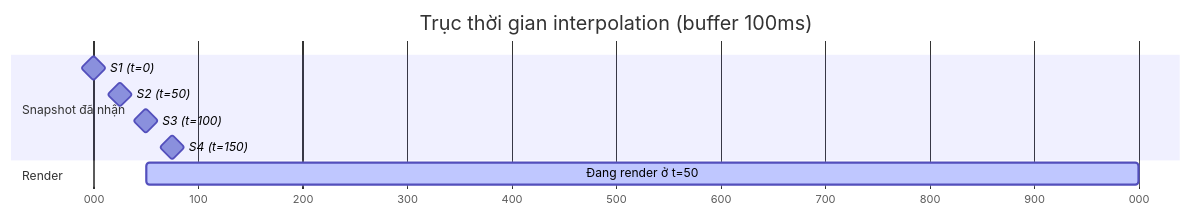
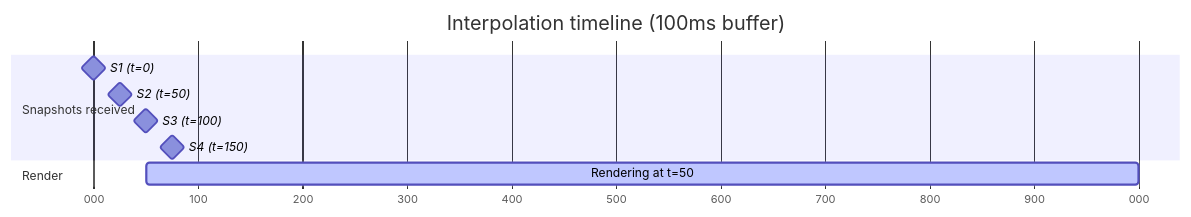
Before and after one commit to Nghaiz/LTM: the diagram in plans/dev-a-unity-client/phases/phase-01-connection.md, drawn with Mermaid. The commit also changed other lines of this file and 34 other files, not shown here.

````diff
--- a/plans/dev-a-unity-client/phases/phase-01-connection.md
+++ b/plans/dev-a-unity-client/phases/phase-01-connection.md
@@ -116,13 +120,13 @@
 ```mermaid
 gantt
     dateFormat X
     axisFormat %L
-    title Trục thời gian interpolation (buffer 100ms)
-    section Snapshot đã nhận
+    title Interpolation timeline (100ms buffer)
+    section Snapshots received
     S1 (t=0)      :milestone, 0, 0
     S2 (t=50)     :milestone, 50, 0
     S3 (t=100)    :milestone, 100, 0
     S4 (t=150)    :milestone, 150, 0
     section Render
-    Đang render ở t=50  :active, 50, 1
+    Rendering at t=50  :active, 50, 1
 ```
````
